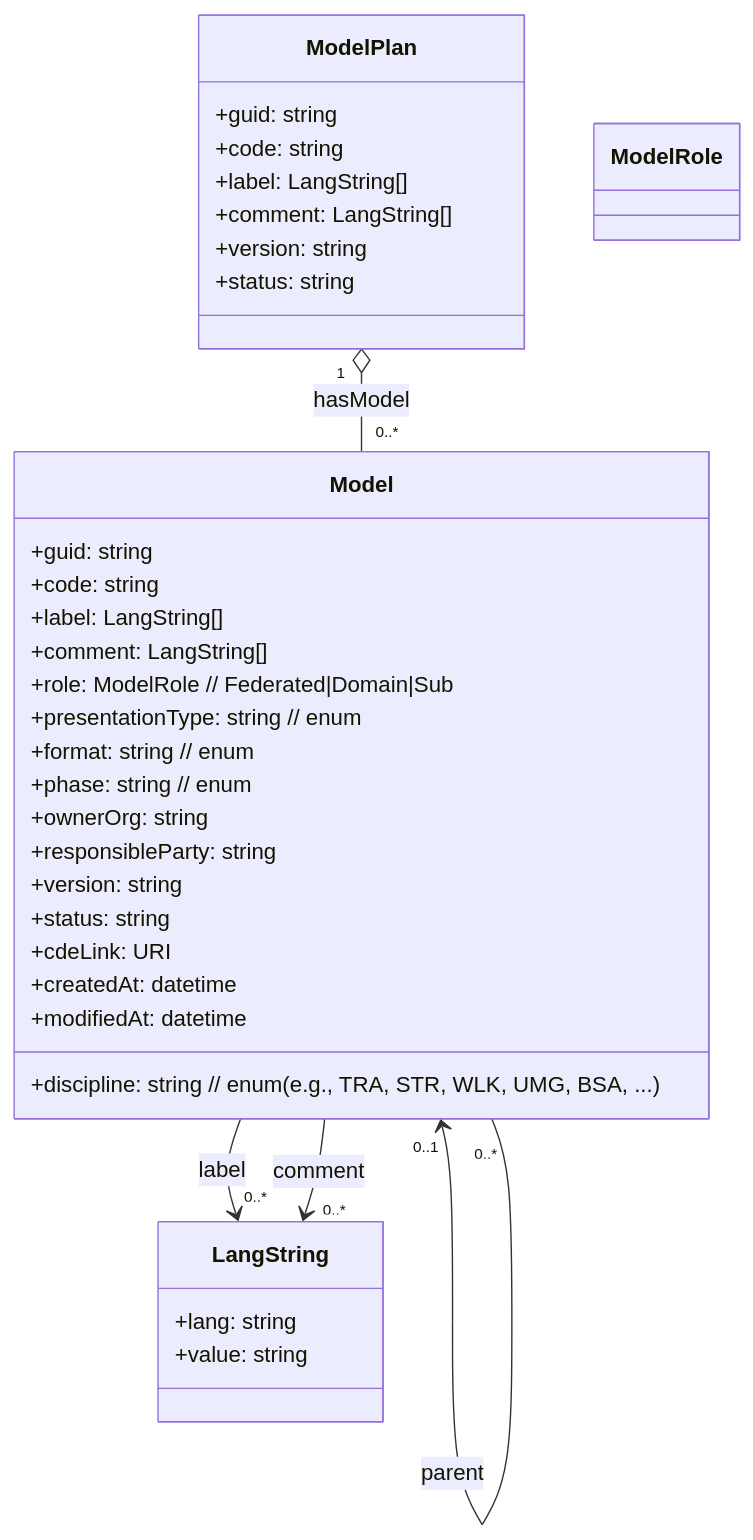
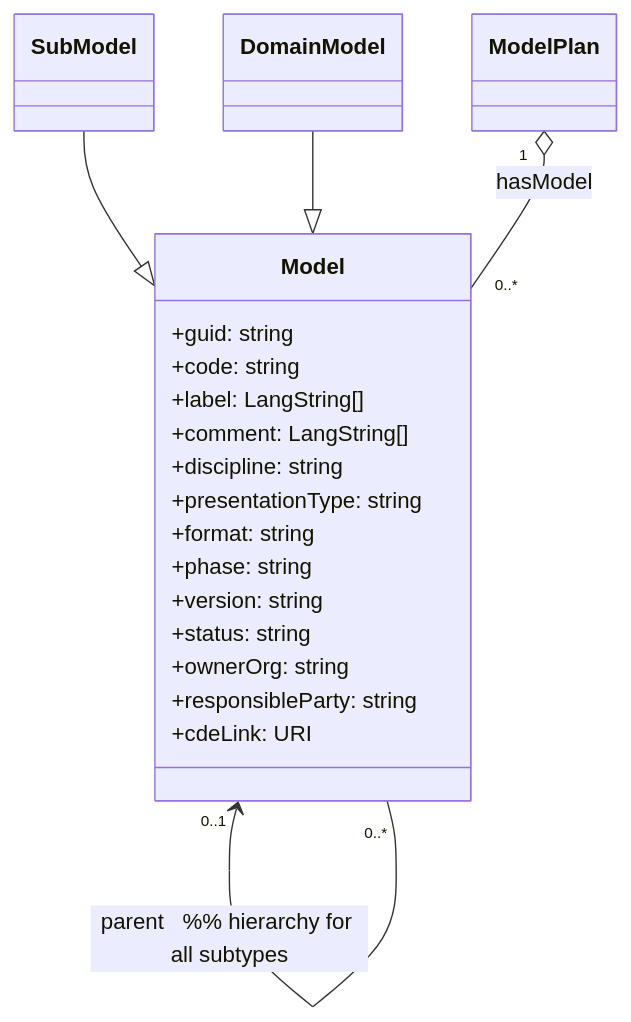
Before and after one commit to NikolayBorissovASTRA/bim: the diagram in mermaid.md, drawn with Mermaid.

````diff
--- a/mermaid.md
+++ b/mermaid.md
@@ -16,45 +16,26 @@
 ```mermaid
 classDiagram
   direction TB
-
-  class ModelPlan {
-    +guid: string
-    +code: string
-    +label: LangString[]
-    +comment: LangString[]
-    +version: string
-    +status: string
-  }
-
   class Model {
     +guid: string
     +code: string
     +label: LangString[]
     +comment: LangString[]
-    +role: ModelRole          // Federated|Domain|Sub
-    +discipline: string       // enum (e.g., TRA, STR, WLK, UMG, BSA, ...)
-    +presentationType: string // enum
-    +format: string           // enum
-    +phase: string            // enum
+    +discipline: string
+    +presentationType: string
+    +format: string
+    +phase: string
+    +version: string
+    +status: string
     +ownerOrg: string
     +responsibleParty: string
-    +version: string
-    +status: string
     +cdeLink: URI
-    +createdAt: datetime
-    +modifiedAt: datetime
   }
-
-  class LangString {
-    +lang: string
-    +value: string
-  }
-
-  class ModelRole {
-  }
+  class SubModel
+  class DomainModel
+  SubModel --|> Model
+  DomainModel --|> Model
 
   ModelPlan "1" o-- "0..*" Model : hasModel
-  Model "0..1" <-- "0..*" Model : parent
-  Model --> "0..*" LangString : label
-  Model --> "0..*" LangString : comment
+  Model "0..1" <-- "0..*" Model : parent   %% hierarchy for all subtypes
   ```
````
